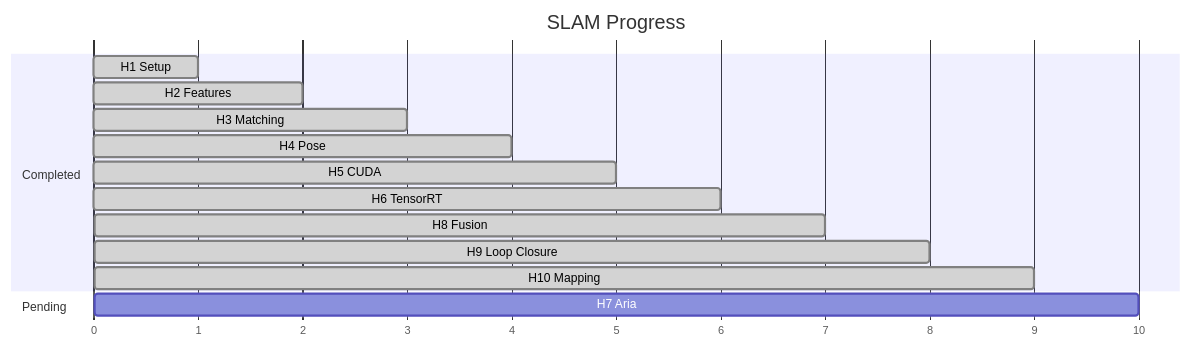
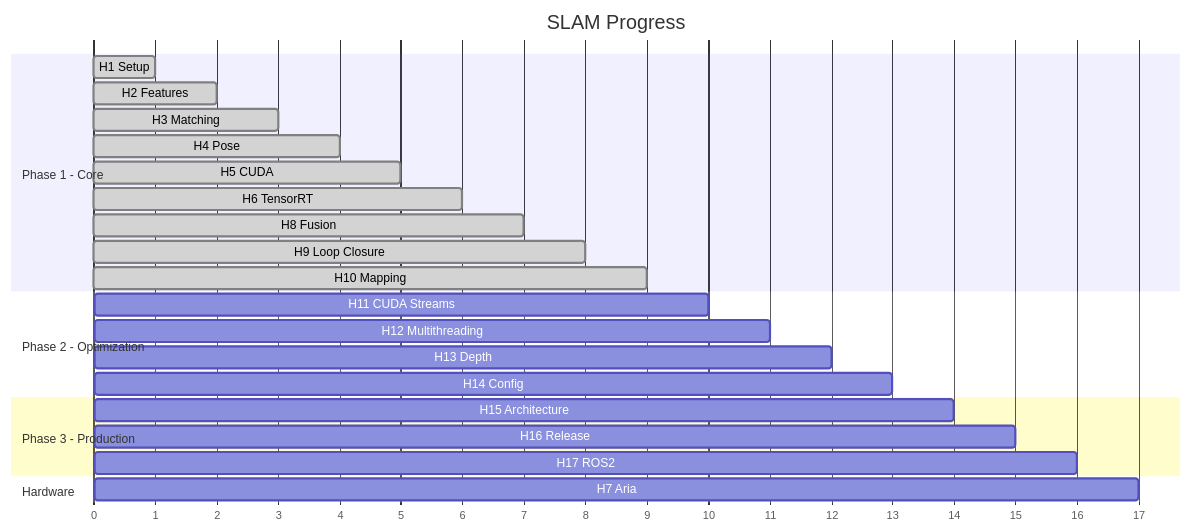
The tenth of 10 diagrams in README.md (robertteleng/aria-slam), drawn with Mermaid before and after one commit. The commit also changed other lines of this file and 5 other files, not shown here.

````diff
--- a/README.md
+++ b/README.md
@@ -398,22 +456,31 @@
 ```mermaid
 gantt
     title SLAM Progress
     dateFormat X
     axisFormat %s
 
-    section Completed
+    section Phase 1 - Core
     H1 Setup           :done, h1, 0, 1
     H2 Features        :done, h2, 1, 2
     H3 Matching        :done, h3, 2, 3
     H4 Pose            :done, h4, 3, 4
     H5 CUDA            :done, h5, 4, 5
     H6 TensorRT        :done, h6, 5, 6
     H8 Fusion          :done, h8, 6, 7
-
     H9 Loop Closure    :done, h9, 7, 8
-
     H10 Mapping        :done, h10, 8, 9
 
-    section Pending
-    H7 Aria            :h7, 9, 10
+    section Phase 2 - Optimization
+    H11 CUDA Streams   :h11, 9, 10
+    H12 Multithreading :h12, 10, 11
+    H13 Depth          :h13, 11, 12
+    H14 Config         :h14, 12, 13
+
+    section Phase 3 - Production
+    H15 Architecture   :h15, 13, 14
+    H16 Release        :h16, 14, 15
+    H17 ROS2           :h17, 15, 16
+
+    section Hardware
+    H7 Aria            :h7, 16, 17
 ```
````
